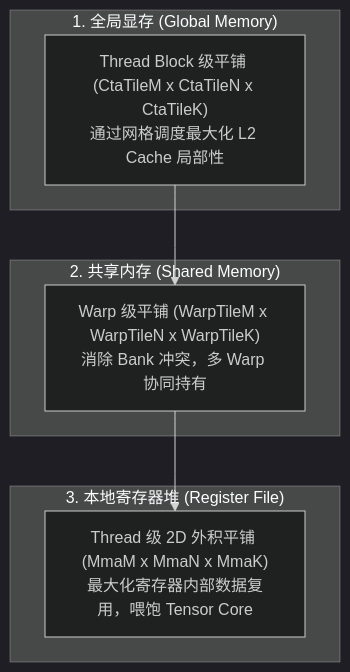
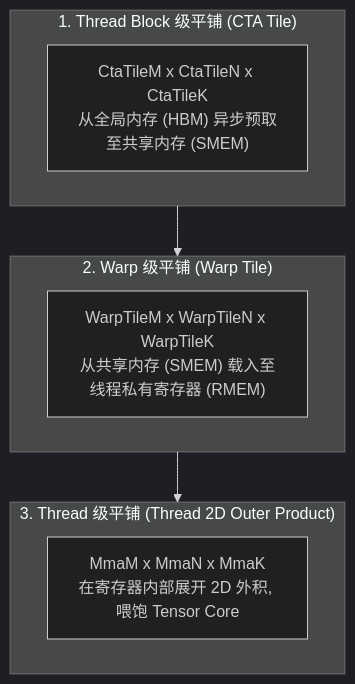
One commit to MCJF28/cutlass-cute-zh changed the second of 6 diagrams in docs/architecture/efficient_gemm.md. Above: the diagram before and after it, drawn with Mermaid (dark theme). The commit also changed other lines of this file, not shown here.

Commit message:
docs: expand efficient_gemm.md to 11k+ char monograph on GPU microarchitectural GEMM optimization

````diff
--- a/docs/architecture/efficient_gemm.md
+++ b/docs/architecture/efficient_gemm.md
@@ -14,14 +51,16 @@
 ```mermaid
 graph TD
-    subgraph Global["1. 全局显存 (Global Memory)"]
-        TB["Thread Block 级平铺 (CtaTileM x CtaTileN x CtaTileK)<br/>通过网格调度最大化 L2 Cache 局部性"]
-    end
-    subgraph Shared["2. 共享内存 (Shared Memory)"]
-        Warp["Warp 级平铺 (WarpTileM x WarpTileN x WarpTileK)<br/>消除 Bank 冲突，多 Warp 协同持有"]
-    end
-    subgraph Reg["3. 本地寄存器堆 (Register File)"]
-        Thread["Thread 级 2D 外积平铺 (MmaM x MmaN x MmaK)<br/>最大化寄存器内部数据复用，喂饱 Tensor Core"]
+    subgraph L1["1. Thread Block 级平铺 (CTA Tile)"]
+        CTATile["CtaTileM x CtaTileN x CtaTileK<br/>从全局内存 (HBM) 异步预取至共享内存 (SMEM)"]
     end
 
-    TB --> Warp --> Thread
+    subgraph L2["2. Warp 级平铺 (Warp Tile)"]
+        WarpTile["WarpTileM x WarpTileN x WarpTileK<br/>从共享内存 (SMEM) 载入至线程私有寄存器 (RMEM)"]
+    end
+
+    subgraph L3["3. Thread 级平铺 (Thread 2D Outer Product)"]
+        ThreadTile["MmaM x MmaN x MmaK<br/>在寄存器内部展开 2D 外积, 喂饱 Tensor Core"]
+    end
+
+    L1 --> L2 --> L3
 ```
````
